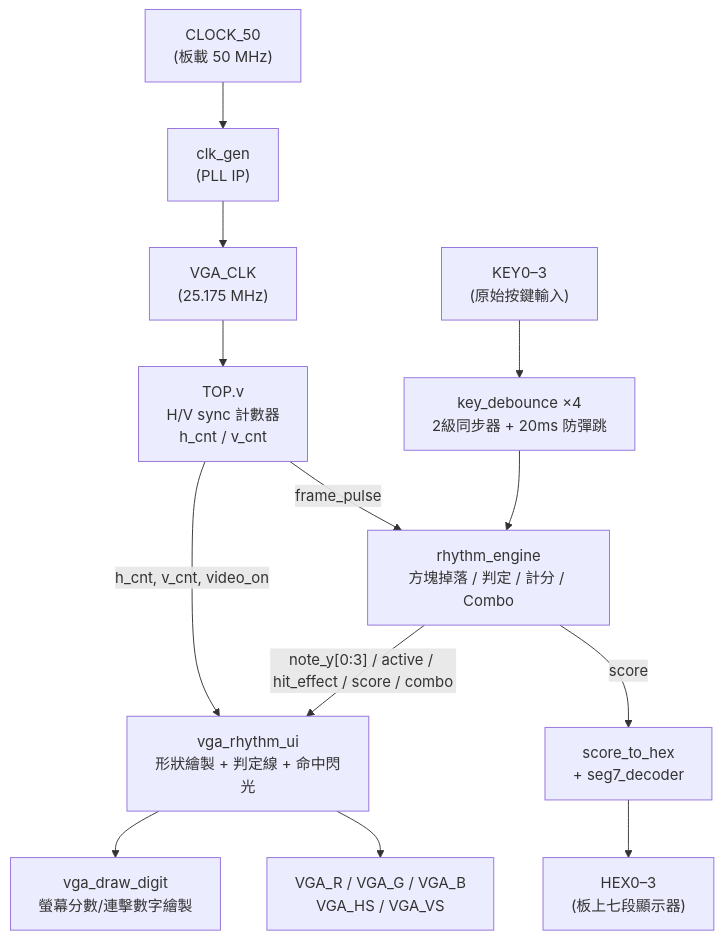
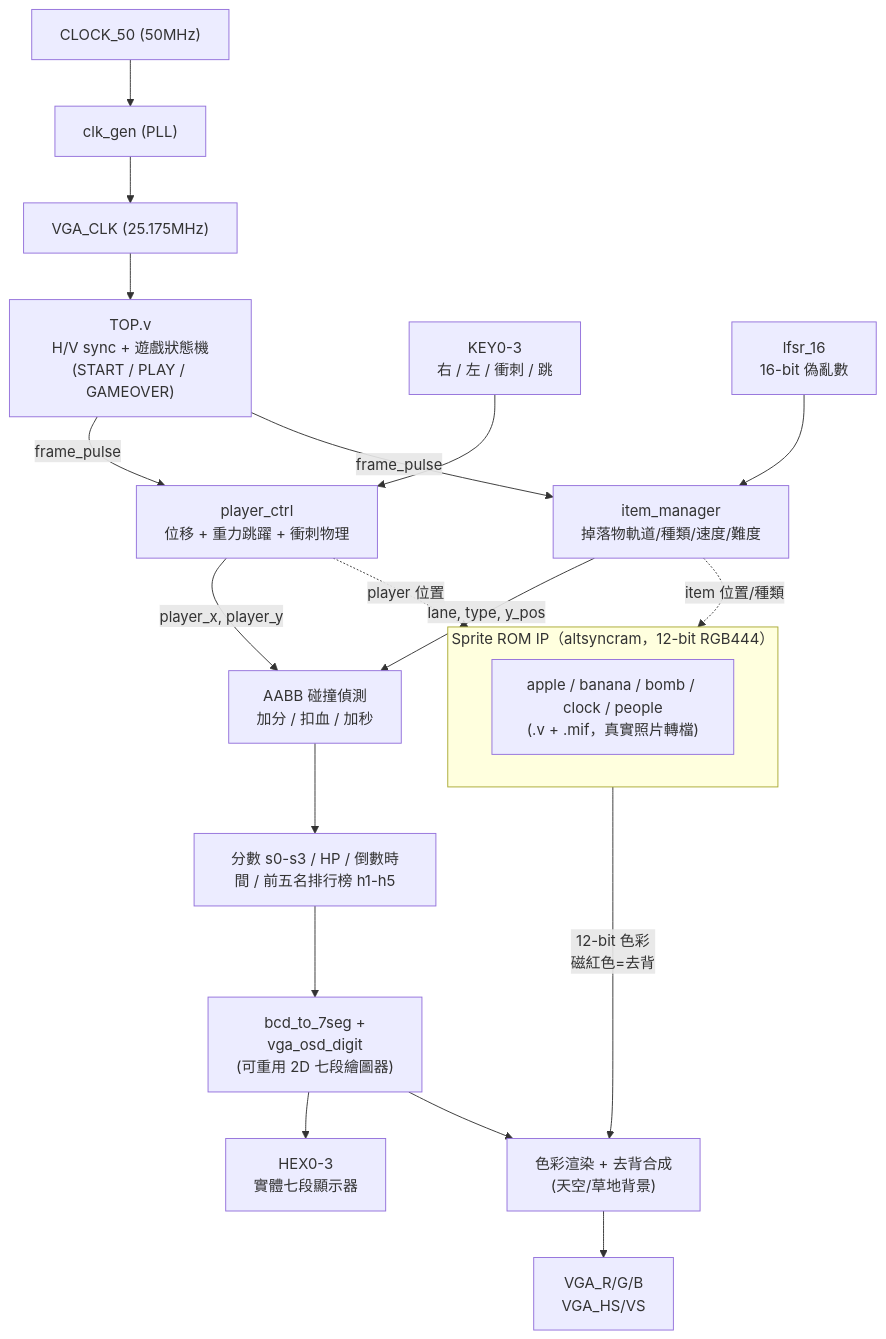
Before and after one commit to 0929sam/FPGA-VGA-Fruit-Dash: the diagram in README.md, drawn with Mermaid. The commit also changed other lines of this file and 36 other files, not shown here.

````diff
--- a/README.md
+++ b/README.md
@@ -39,18 +44,29 @@
 ```mermaid
 flowchart TB
-    CLK["CLOCK_50\n(板載 50 MHz)"] --> PLL["clk_gen\n(PLL IP)"]
-    PLL --> VC["VGA_CLK\n(25.175 MHz)"]
-    VC --> HV["TOP.v\nH/V sync 計數器\nh_cnt / v_cnt"]
+    CLK["CLOCK_50 (50MHz)"] --> PLL["clk_gen (PLL)"]
+    PLL --> VC["VGA_CLK (25.175MHz)"]
+    VC --> FSM["TOP.v\nH/V sync + 遊戲狀態機\n(START / PLAY / GAMEOVER)"]
 
-    KEY["KEY0–3\n(原始按鍵輸入)"] --> DB["key_debounce ×4\n2級同步器 + 20ms 防彈跳"]
-    DB --> RE["rhythm_engine\n方塊掉落 / 判定 / 計分 / Combo"]
-    HV -- frame_pulse --> RE
+    KEY["KEY0-3\n右 / 左 / 衝刺 / 跳"] --> PC["player_ctrl\n位移 + 重力跳躍 + 衝刺物理"]
+    FSM -- frame_pulse --> PC
 
-    RE -- "note_y[0:3] / active / hit_effect / score / combo" --> UI["vga_rhythm_ui\n形狀繪製 + 判定線 + 命中閃光"]
-    HV -- "h_cnt, v_cnt, video_on" --> UI
-    UI --> DIG["vga_draw_digit\n螢幕分數/連擊數字繪製"]
-    UI --> RGB["VGA_R / VGA_G / VGA_B\nVGA_HS / VGA_VS"]
+    LFSR["lfsr_16\n16-bit 偽亂數"] --> IM["item_manager\n掉落物軌道/種類/速度/難度"]
+    FSM -- frame_pulse --> IM
 
-    RE -- score --> S2H["score_to_hex\n+ seg7_decoder"]
-    S2H --> HEX["HEX0–3\n(板上七段顯示器)"]
+    PC -- player_x, player_y --> HIT["AABB 碰撞偵測\n加分 / 扣血 / 加秒"]
+    IM -- lane, type, y_pos --> HIT
+
+    HIT --> STATE["分數 s0-s3 / HP / 倒數時間 / 前五名排行榜 h1-h5"]
+
+    subgraph ROM["Sprite ROM IP（altsyncram，12-bit RGB444）"]
+        R1["apple / banana / bomb / clock / people\n(.v + .mif，真實照片轉檔)"]
+    end
+    PC -.player 位置.-> ROM
+    IM -.item 位置/種類.-> ROM
+
+    ROM -- 12-bit 色彩\n磁紅色=去背 --> RENDER["色彩渲染 + 去背合成\n(天空/草地背景)"]
+    STATE --> BCD["bcd_to_7seg +\nvga_osd_digit\n(可重用 2D 七段繪圖器)"]
+    BCD --> HEX["HEX0-3\n實體七段顯示器"]
+    BCD --> RENDER
+    RENDER --> OUT["VGA_R/G/B\nVGA_HS/VS"]
 ```
````
